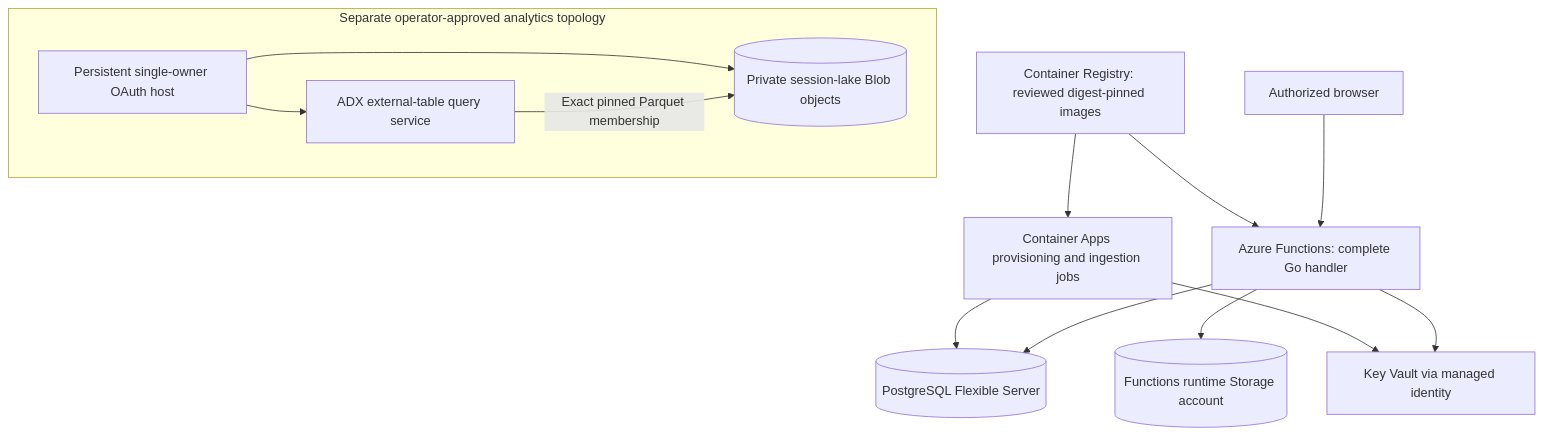
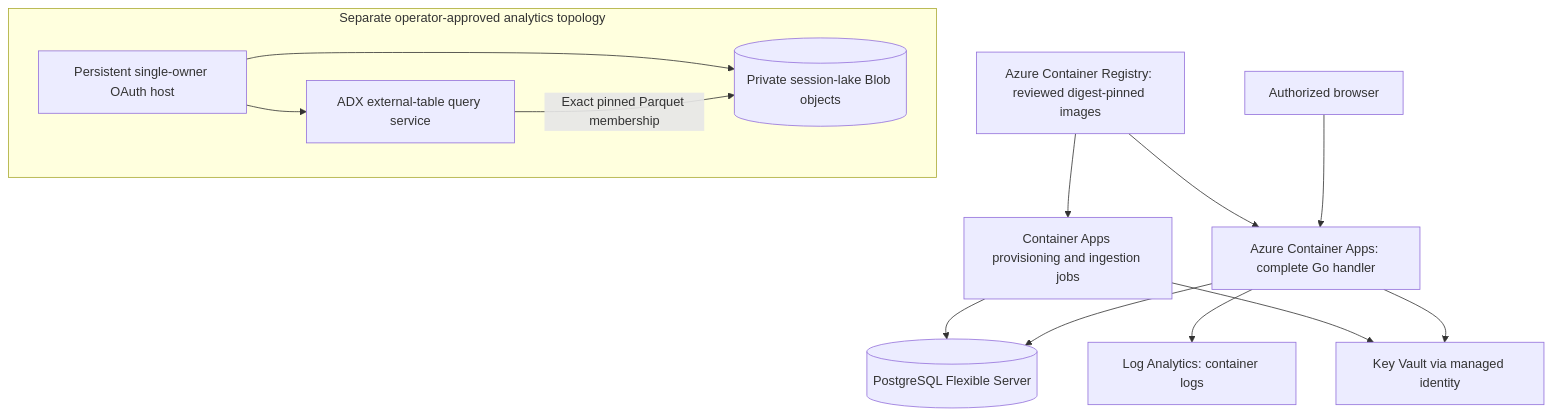
Diagram 15 of 15 in docs/dashboard-data-architecture.md (githubnext/gh-cao), drawn with Mermaid before and after one commit. The commit also changed other lines of this file and 154 other files, not shown here.

First line of the commit message:
Retire Azure Functions support in favor of Container Apps

````diff
--- a/docs/dashboard-data-architecture.md
+++ b/docs/dashboard-data-architecture.md
@@ -647,18 +649,18 @@
 ```mermaid
 flowchart TB
-  accTitle: Azure baseline and separately approved lake host
-  accDescr: The baseline hosts one Go handler in Functions and uses private PostgreSQL, Key Vault, ACR and runtime storage. A separately approved persistent lake host uses private Blob and ADX; the Functions runtime storage is not a session lake.
-  Browser["Authorized browser"] --> Functions["Azure Functions: complete Go handler"]
-  Functions --> PG[("PostgreSQL Flexible Server")]
+  accTitle: Container Apps baseline and separately approved lake host
+  accDescr: Container Apps hosts the complete Go handler with private PostgreSQL, Key Vault, ACR and Log Analytics. A separately approved persistent lake host uses private Blob and ADX; ephemeral container storage is not a session lake.
+  Browser["Authorized browser"] --> App["Azure Container Apps: complete Go handler"]
+  App --> PG[("PostgreSQL Flexible Server")]
   Jobs["Container Apps provisioning and ingestion jobs"] --> PG
-  Functions --> KV["Key Vault via managed identity"]
+  App --> KV["Key Vault via managed identity"]
   Jobs --> KV
-  ACR["Container Registry: reviewed digest-pinned images"] --> Functions
+  ACR["Azure Container Registry: reviewed digest-pinned images"] --> App
   ACR --> Jobs
-  Functions --> Runtime[("Functions runtime Storage account")]
+  App --> Logs["Log Analytics: container logs"]
   subgraph optional["Separate operator-approved analytics topology"]
     Host["Persistent single-owner OAuth host"] --> Blob[("Private session-lake Blob objects")]
     Host --> ADX["ADX external-table query service"]
     ADX -->|Exact pinned Parquet membership| Blob
   end
 ```
````
